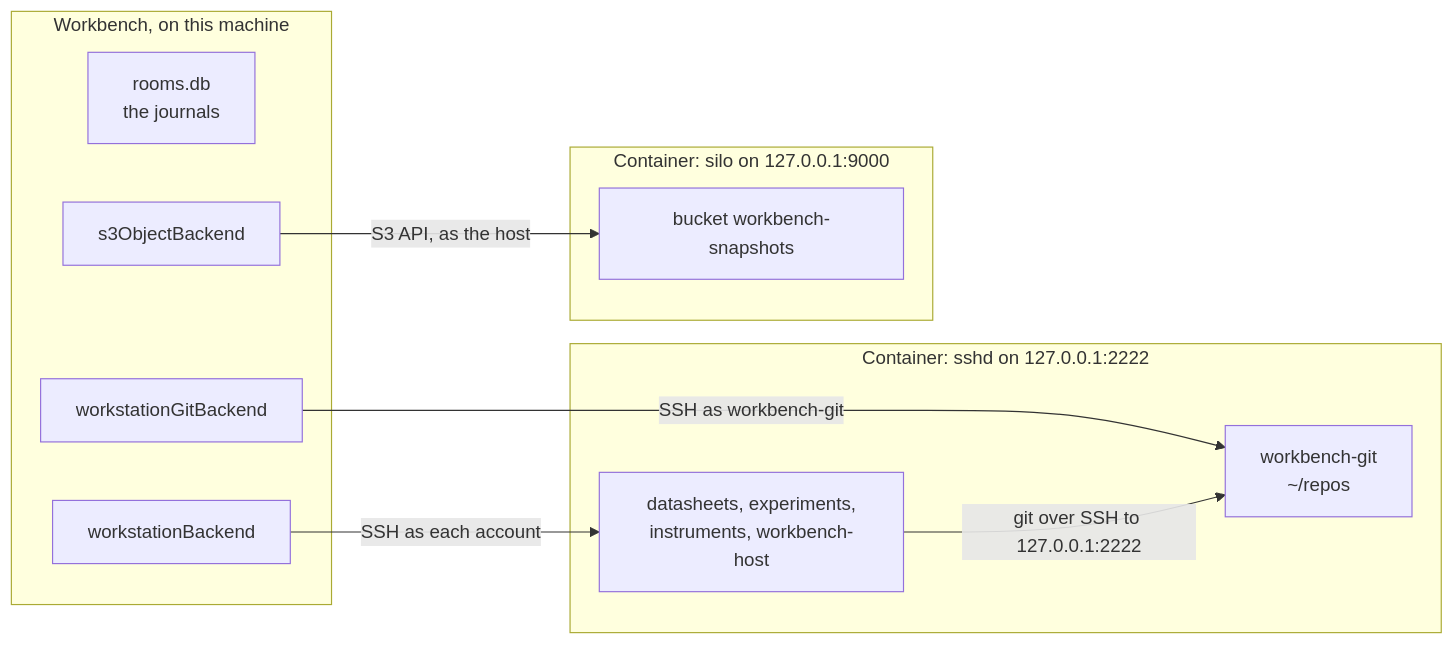
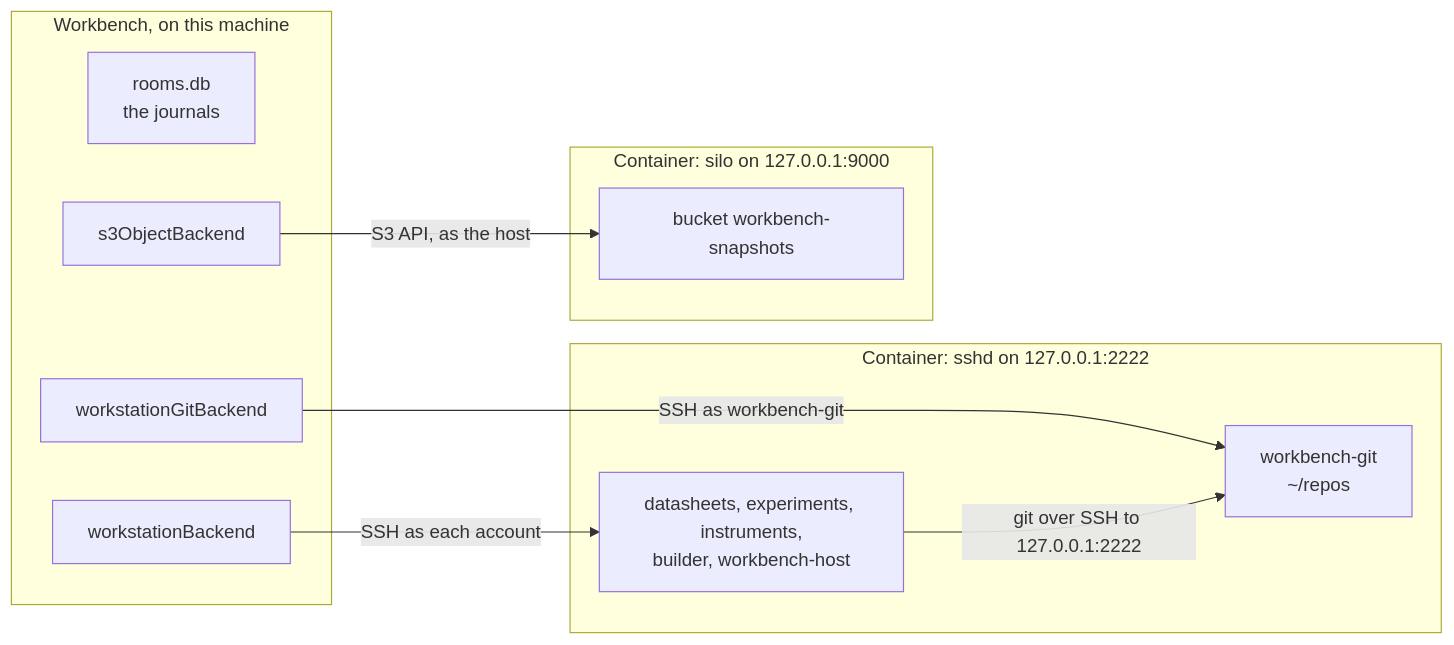
The diagram in workstation/README.md (fastforwardengine/workbench), drawn with Mermaid before and after one commit. The commit also changed 19 other files, not shown here.

````diff
--- a/workstation/README.md
+++ b/workstation/README.md
@@ -12,20 +12,20 @@
 ```mermaid
 flowchart LR
   subgraph host["Workbench, on this machine"]
     journals["rooms.db<br/>the journals"]
     bash["workstationBackend"]
     git["workstationGitBackend"]
     s3["s3ObjectBackend"]
   end
   subgraph box["Container: sshd on 127.0.0.1:2222"]
-    agents["datasheets, experiments,<br/>instruments, workbench-host"]
+    agents["datasheets, experiments, instruments,<br/>builder, workbench-host"]
     repos["workbench-git<br/>~/repos"]
   end
   subgraph store["Container: silo on 127.0.0.1:9000"]
     bucket["bucket workbench-snapshots"]
   end
   bash -- "SSH as each account" --> agents
   git -- "SSH as workbench-git" --> repos
   agents -- "git over SSH to 127.0.0.1:2222" --> repos
   s3 -- "S3 API, as the host" --> bucket
 ```
````
